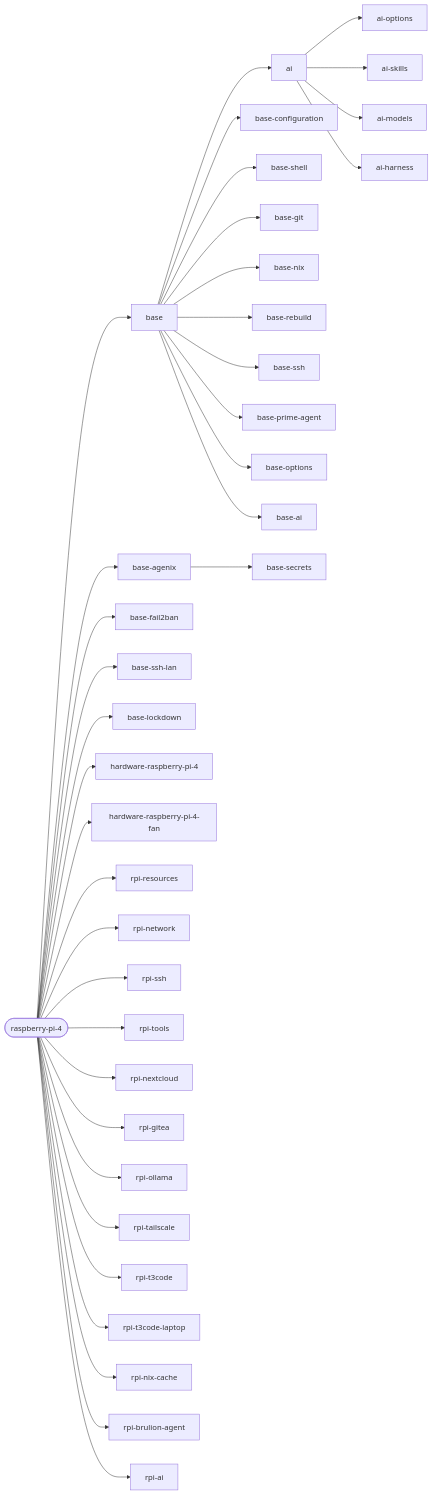
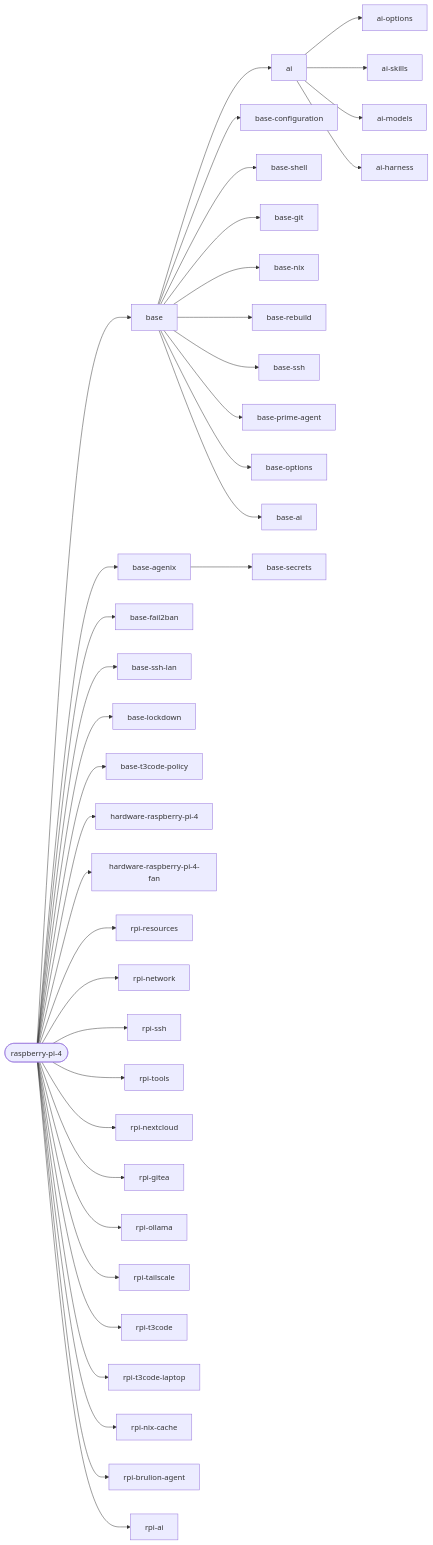
The second of 3 diagrams in docs/reference/hosts.md (janusz-bit/nixos), drawn with Mermaid before and after one commit. The commit also changed other lines of this file and 6 other files, not shown here.

First line of the commit message:
base: turn off t3 code telemetry through its managed policy

````diff
--- a/docs/reference/hosts.md
+++ b/docs/reference/hosts.md
@@ -140,39 +142,40 @@
 ```mermaid
 flowchart LR
   host_raspberry_pi_4([raspberry-pi-4])
   host_raspberry_pi_4 --> base[base]
   host_raspberry_pi_4 --> base_agenix[base-agenix]
   host_raspberry_pi_4 --> base_fail2ban[base-fail2ban]
   host_raspberry_pi_4 --> base_ssh_lan[base-ssh-lan]
   host_raspberry_pi_4 --> base_lockdown[base-lockdown]
+  host_raspberry_pi_4 --> base_t3code_policy[base-t3code-policy]
   host_raspberry_pi_4 --> hardware_raspberry_pi_4[hardware-raspberry-pi-4]
   host_raspberry_pi_4 --> hardware_raspberry_pi_4_fan[hardware-raspberry-pi-4-fan]
   host_raspberry_pi_4 --> rpi_resources[rpi-resources]
   host_raspberry_pi_4 --> rpi_network[rpi-network]
   host_raspberry_pi_4 --> rpi_ssh[rpi-ssh]
   host_raspberry_pi_4 --> rpi_tools[rpi-tools]
   host_raspberry_pi_4 --> rpi_nextcloud[rpi-nextcloud]
   host_raspberry_pi_4 --> rpi_gitea[rpi-gitea]
   host_raspberry_pi_4 --> rpi_ollama[rpi-ollama]
   host_raspberry_pi_4 --> rpi_tailscale[rpi-tailscale]
   host_raspberry_pi_4 --> rpi_t3code[rpi-t3code]
   host_raspberry_pi_4 --> rpi_t3code_laptop[rpi-t3code-laptop]
   host_raspberry_pi_4 --> rpi_nix_cache[rpi-nix-cache]
   host_raspberry_pi_4 --> rpi_brulion_agent[rpi-brulion-agent]
   host_raspberry_pi_4 --> rpi_ai[rpi-ai]
   ai --> ai_options[ai-options]
   ai --> ai_skills[ai-skills]
   ai --> ai_models[ai-models]
   ai --> ai_harness[ai-harness]
   base --> base_configuration[base-configuration]
   base --> base_shell[base-shell]
   base --> base_git[base-git]
   base --> base_nix[base-nix]
   base --> base_rebuild[base-rebuild]
   base --> base_ssh[base-ssh]
   base --> base_prime_agent[base-prime-agent]
   base --> base_options[base-options]
   base --> ai[ai]
   base --> base_ai[base-ai]
   base_agenix --> base_secrets[base-secrets]
 ```
````
